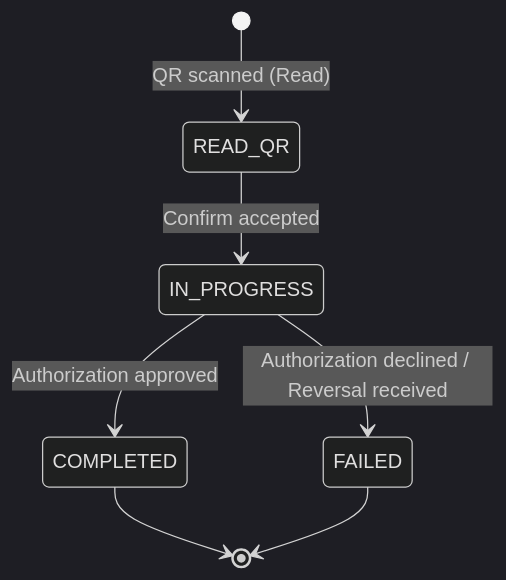
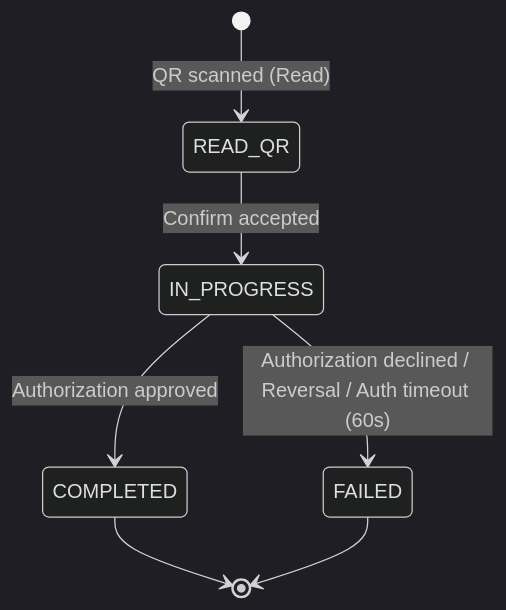
One commit to commitup/api-doc-v2 changed the diagram in docs/qr-payments/payment-object.md. Above: the diagram before and after it, drawn with Mermaid (dark theme). The commit also changed other lines of this file and 7 other files, not shown here.

Commit message:
PD-13000 qr api failureReason 60s confirm to auth timeout

````diff
--- a/docs/qr-payments/payment-object.md
+++ b/docs/qr-payments/payment-object.md
@@ -59,10 +60,10 @@
 ```mermaid
 stateDiagram-v2
     [*] --> READ_QR : QR scanned (Read)
     READ_QR --> IN_PROGRESS : Confirm accepted
     IN_PROGRESS --> COMPLETED : Authorization approved
-    IN_PROGRESS --> FAILED : Authorization declined / Reversal received
+    IN_PROGRESS --> FAILED : Authorization declined / Reversal / Auth timeout (60s)
 
     COMPLETED --> [*]
     FAILED --> [*]
 ```
````
